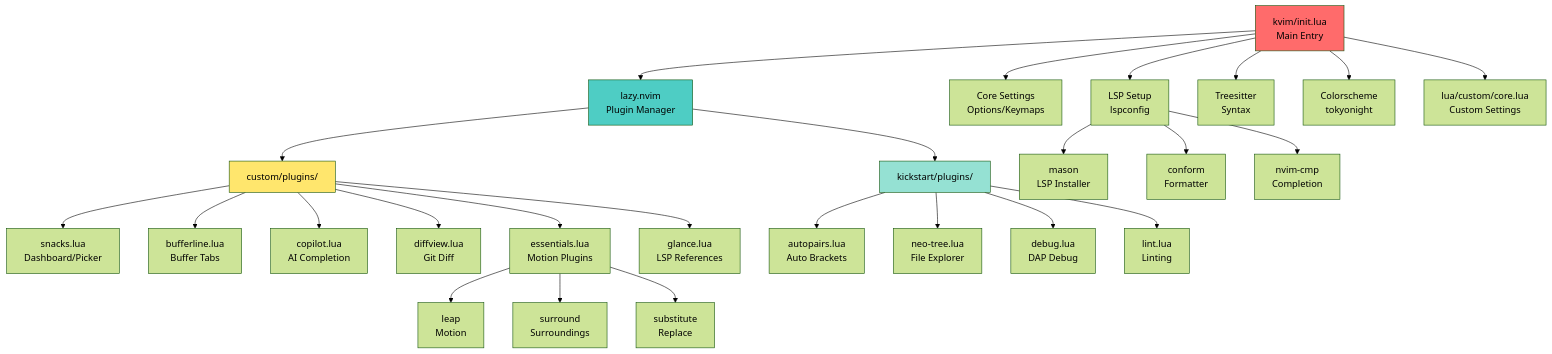
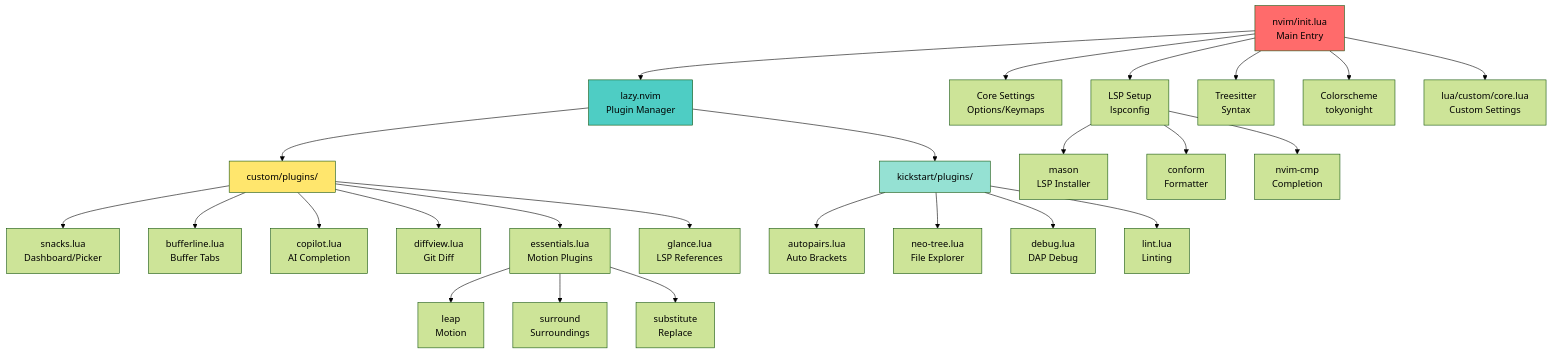
Before and after one commit to ymat19/dotfiles: the second of 2 diagrams in README.md, drawn with Mermaid (forest theme). The commit also changed other lines of this file and 36 other files, not shown here.

First line of the commit message:
refactor: kvim/nvim 二重構成を廃止し nvim に統合

````diff
--- a/README.md
+++ b/README.md
@@ -152,39 +152,39 @@
 ```mermaid
 graph TD
-    A["kvim/init.lua<br/>Main Entry"] --> B["lazy.nvim<br/>Plugin Manager"]
+    A["nvim/init.lua<br/>Main Entry"] --> B["lazy.nvim<br/>Plugin Manager"]
 
     A --> C["Core Settings<br/>Options/Keymaps"]
     A --> D["LSP Setup<br/>lspconfig"]
     A --> E["Treesitter<br/>Syntax"]
     A --> F["Colorscheme<br/>tokyonight"]
 
     A --> G["lua/custom/core.lua<br/>Custom Settings"]
 
     B --> H["custom/plugins/"]
     B --> I["kickstart/plugins/"]
 
     H --> H1["snacks.lua<br/>Dashboard/Picker"]
     H --> H2["bufferline.lua<br/>Buffer Tabs"]
     H --> H3["copilot.lua<br/>AI Completion"]
     H --> H4["diffview.lua<br/>Git Diff"]
     H --> H5["essentials.lua<br/>Motion Plugins"]
     H --> H6["glance.lua<br/>LSP References"]
 
     I --> I1["autopairs.lua<br/>Auto Brackets"]
     I --> I2["neo-tree.lua<br/>File Explorer"]
     I --> I3["debug.lua<br/>DAP Debug"]
     I --> I4["lint.lua<br/>Linting"]
 
     D --> D1["mason<br/>LSP Installer"]
     D --> D2["conform<br/>Formatter"]
     D --> D3["nvim-cmp<br/>Completion"]
 
     H5 --> H5A["leap<br/>Motion"]
     H5 --> H5B["surround<br/>Surroundings"]
     H5 --> H5C["substitute<br/>Replace"]
 
     style A fill:#ff6b6b
     style B fill:#4ecdc4
     style H fill:#ffe66d
     style I fill:#95e1d3
 ```
````
